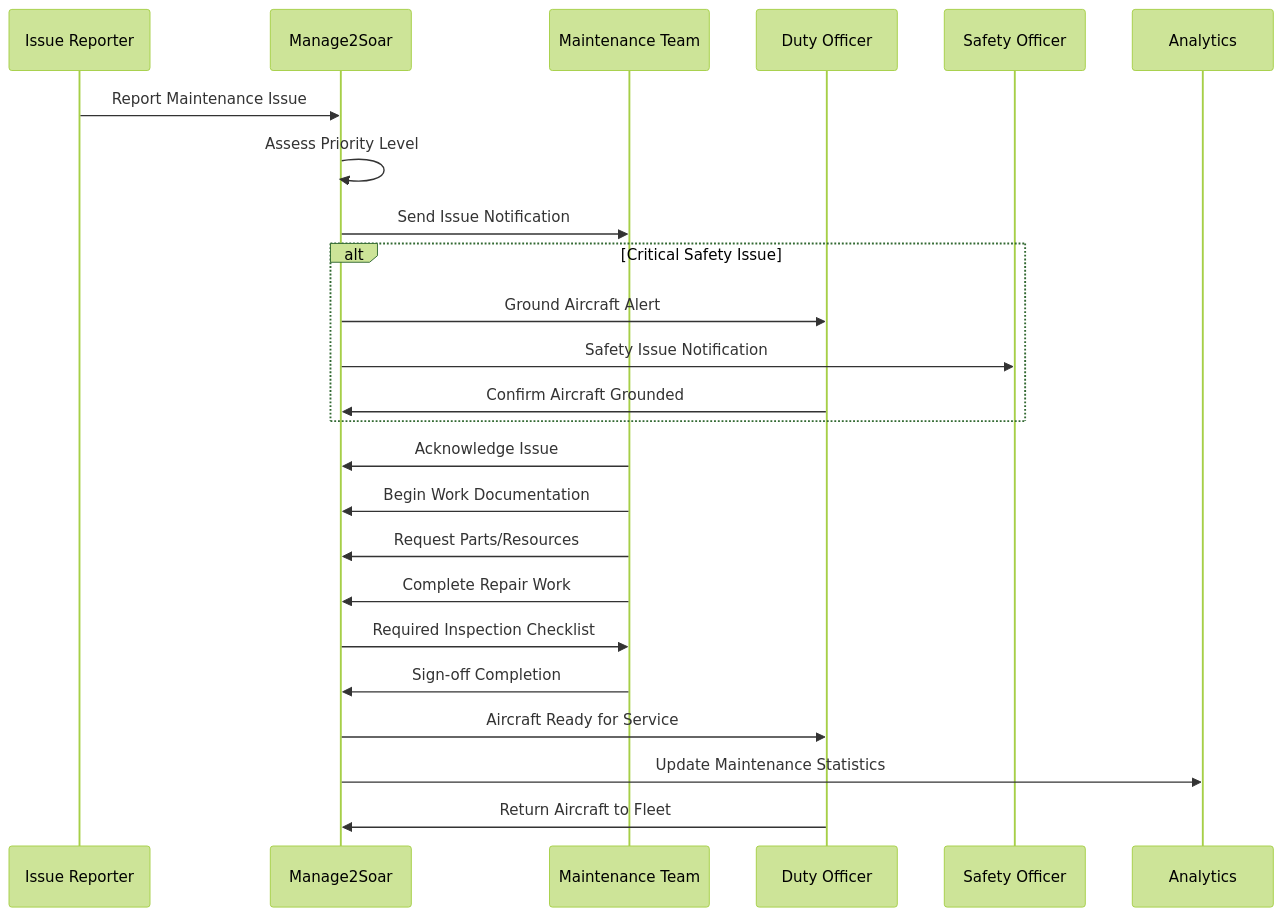
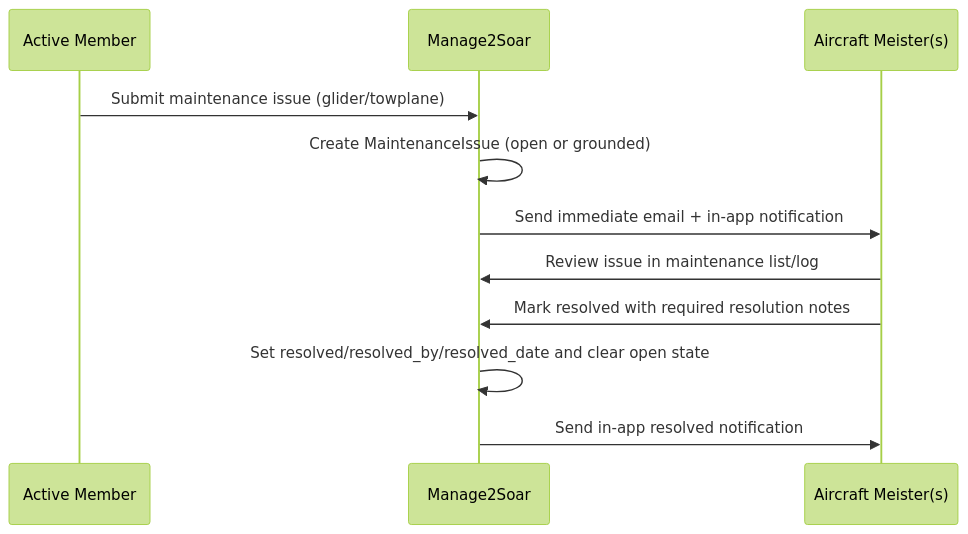
The first of 3 diagrams in docs/workflows/06-maintenance-workflow.md (pietbarber/Manage2Soar), drawn with Mermaid (forest theme) before and after one commit. The commit also changed other lines of this file and 11 other files, not shown here.

````diff
--- a/docs/workflows/06-maintenance-workflow.md
+++ b/docs/workflows/06-maintenance-workflow.md
@@ -82,31 +34,15 @@
 ```mermaid
 sequenceDiagram
-    participant Reporter as Issue Reporter
+    participant Reporter as Active Member
     participant System as Manage2Soar
-    participant MainTeam as Maintenance Team
-    participant DO as Duty Officer
-    participant Safety as Safety Officer
-    participant Analytics as Analytics
+    participant Meister as Aircraft Meister(s)
 
-    Reporter->>System: Report Maintenance Issue
-    System->>System: Assess Priority Level
-    System->>MainTeam: Send Issue Notification
+    Reporter->>System: Submit maintenance issue (glider/towplane)
+    System->>System: Create MaintenanceIssue (open or grounded)
+    System->>Meister: Send immediate email + in-app notification
 
-    alt Critical Safety Issue
-        System->>DO: Ground Aircraft Alert
-        System->>Safety: Safety Issue Notification
-        DO->>System: Confirm Aircraft Grounded
-    end
-
-    MainTeam->>System: Acknowledge Issue
-    MainTeam->>System: Begin Work Documentation
-    MainTeam->>System: Request Parts/Resources
-
-    MainTeam->>System: Complete Repair Work
-    System->>MainTeam: Required Inspection Checklist
-    MainTeam->>System: Sign-off Completion
-
-    System->>DO: Aircraft Ready for Service
-    System->>Analytics: Update Maintenance Statistics
-    DO->>System: Return Aircraft to Fleet
+    Meister->>System: Review issue in maintenance list/log
+    Meister->>System: Mark resolved with required resolution notes
+    System->>System: Set resolved/resolved_by/resolved_date and clear open state
+    System->>Meister: Send in-app resolved notification
 ```
````
